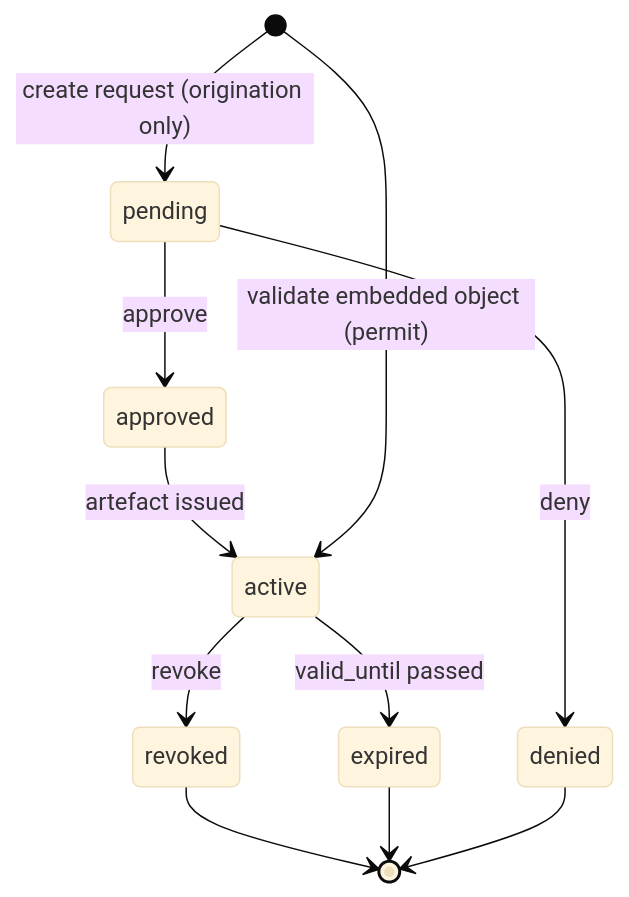
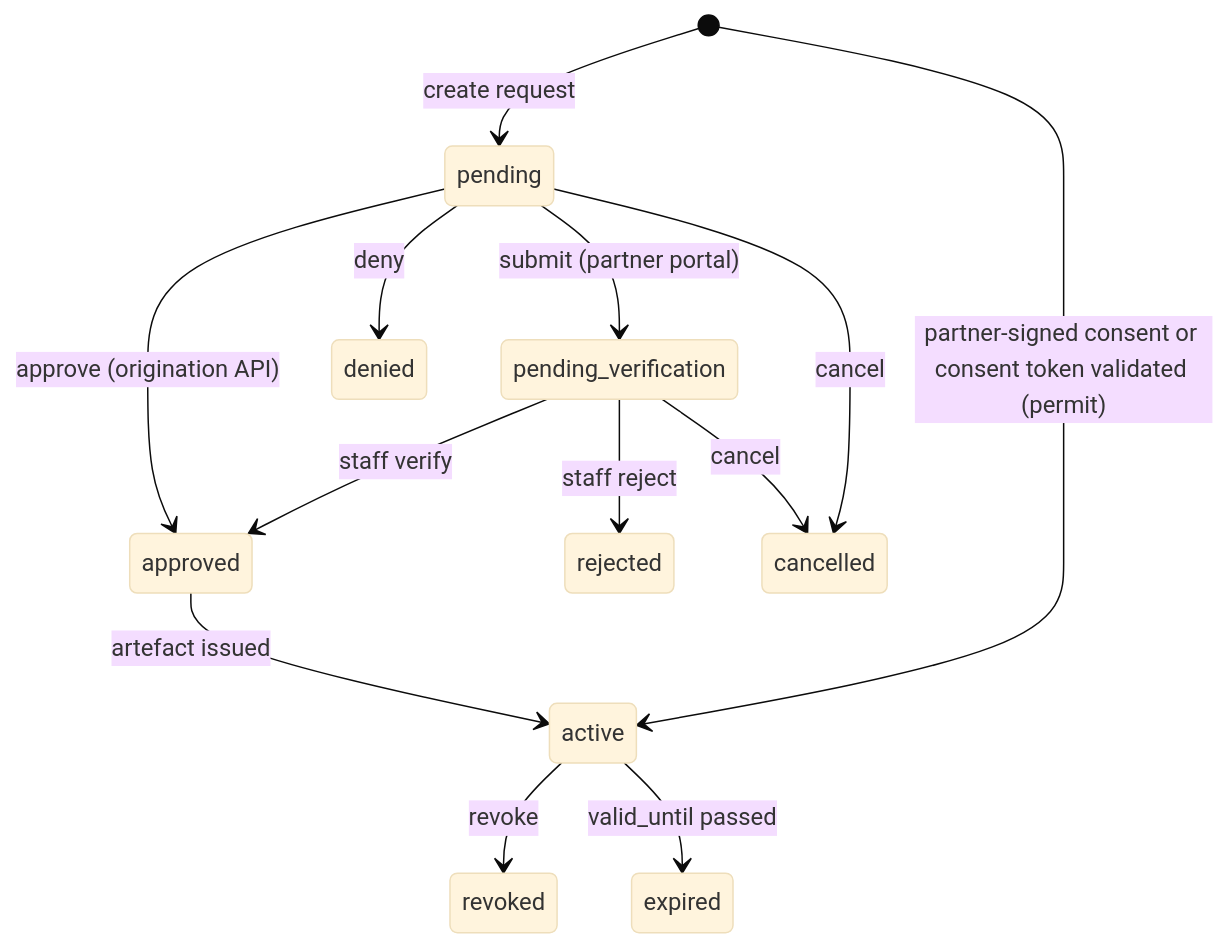
One commit to OpenG2P/openg2p-documentation changed the second of 2 diagrams in consent-management/design/consent-lifecycle.md. Above: the diagram before and after it, drawn with Mermaid (base theme). The commit also changed other lines of this file and 19 other files, not shown here.

````diff
--- a/consent-management/design/consent-lifecycle.md
+++ b/consent-management/design/consent-lifecycle.md
@@ -107,13 +64,15 @@
 ```mermaid
 stateDiagram-v2
-  [*] --> pending: create request (origination only)
-  pending --> approved: approve
+  [*] --> pending: create request
+  pending --> approved: approve (origination API)
   pending --> denied: deny
+  pending --> pending_verification: submit (partner portal)
+  pending --> cancelled: cancel
+  pending_verification --> approved: staff verify
+  pending_verification --> rejected: staff reject
+  pending_verification --> cancelled: cancel
   approved --> active: artefact issued
-  [*] --> active: validate embedded object (permit)
+  [*] --> active: partner-signed consent or consent token validated (permit)
   active --> revoked: revoke
   active --> expired: valid_until passed
-  revoked --> [*]
-  expired --> [*]
-  denied --> [*]
 ```
````
